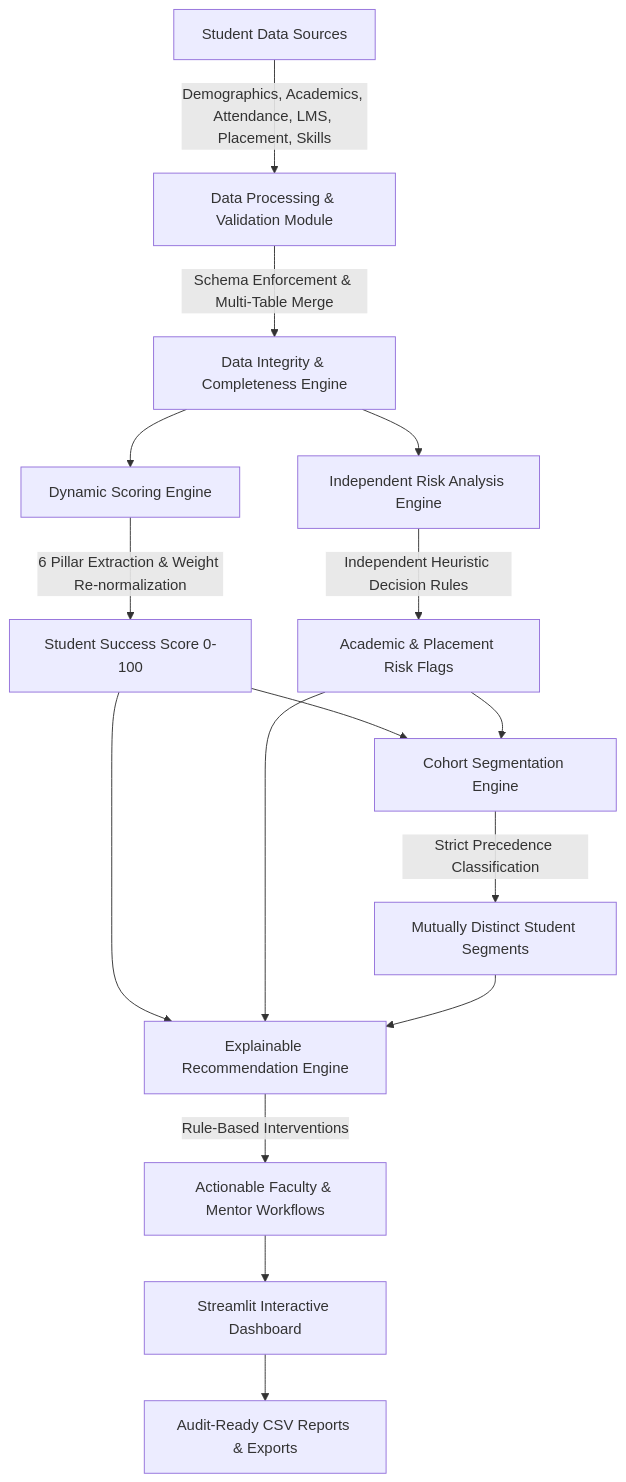
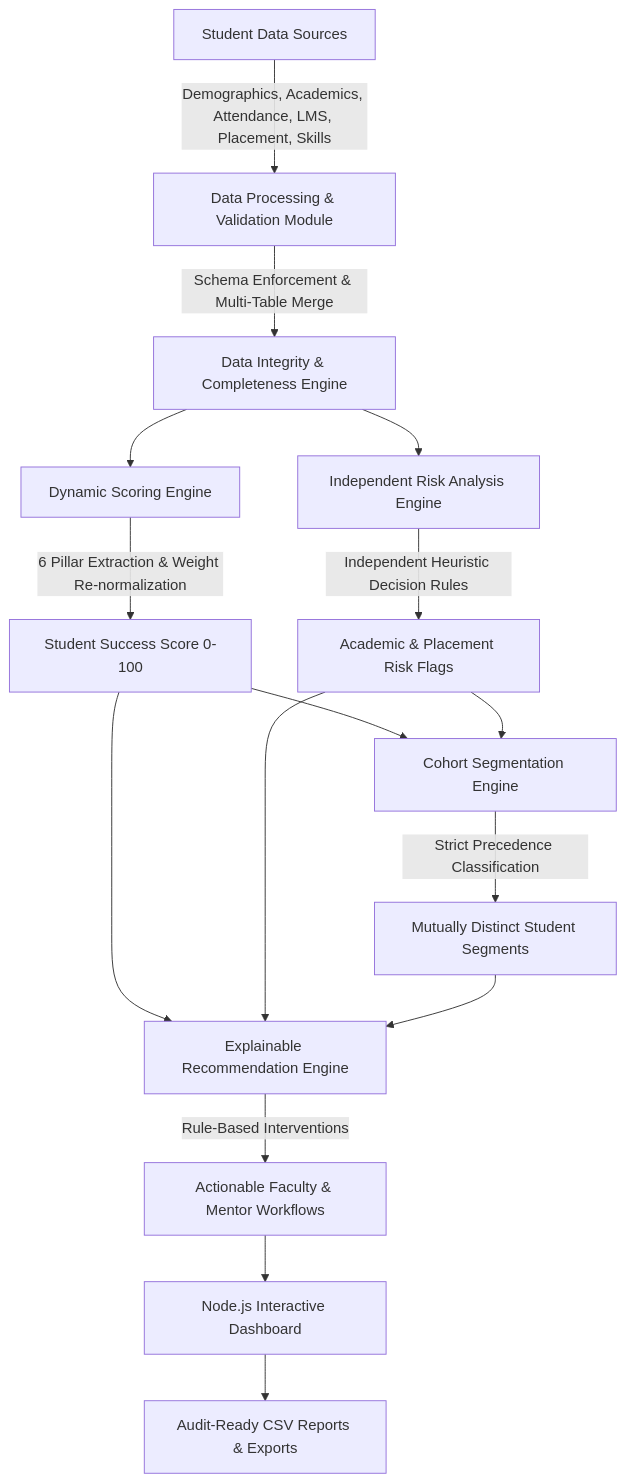
The diagram in README.md (9963664914/EduPredict_AI), drawn with Mermaid before and after one commit. The commit also changed other lines of this file and 24 other files, not shown here.

````diff
--- a/README.md
+++ b/README.md
@@ -16,18 +16,18 @@
 ```mermaid
 graph TD
     A[Student Data Sources] -->|Demographics, Academics, Attendance, LMS, Placement, Skills| B[Data Processing & Validation Module]
     B -->|Schema Enforcement & Multi-Table Merge| C[Data Integrity & Completeness Engine]
     C --> D[Dynamic Scoring Engine]
     C --> E[Independent Risk Analysis Engine]
     D -->|6 Pillar Extraction & Weight Re-normalization| F[Student Success Score 0-100]
     E -->|Independent Heuristic Decision Rules| G[Academic & Placement Risk Flags]
     F --> H[Cohort Segmentation Engine]
     G --> H
     H -->|Strict Precedence Classification| I[Mutually Distinct Student Segments]
     F --> J[Explainable Recommendation Engine]
     G --> J
     I --> J
     J -->|Rule-Based Interventions| K[Actionable Faculty & Mentor Workflows]
-    K --> L[Streamlit Interactive Dashboard]
+    K --> L[Node.js Interactive Dashboard]
     L --> M[Audit-Ready CSV Reports & Exports]
 ```
````
